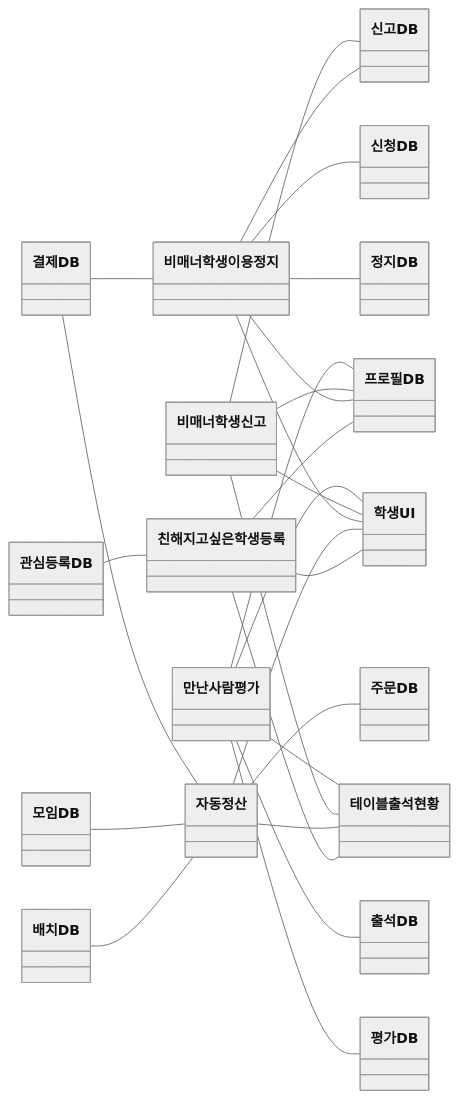
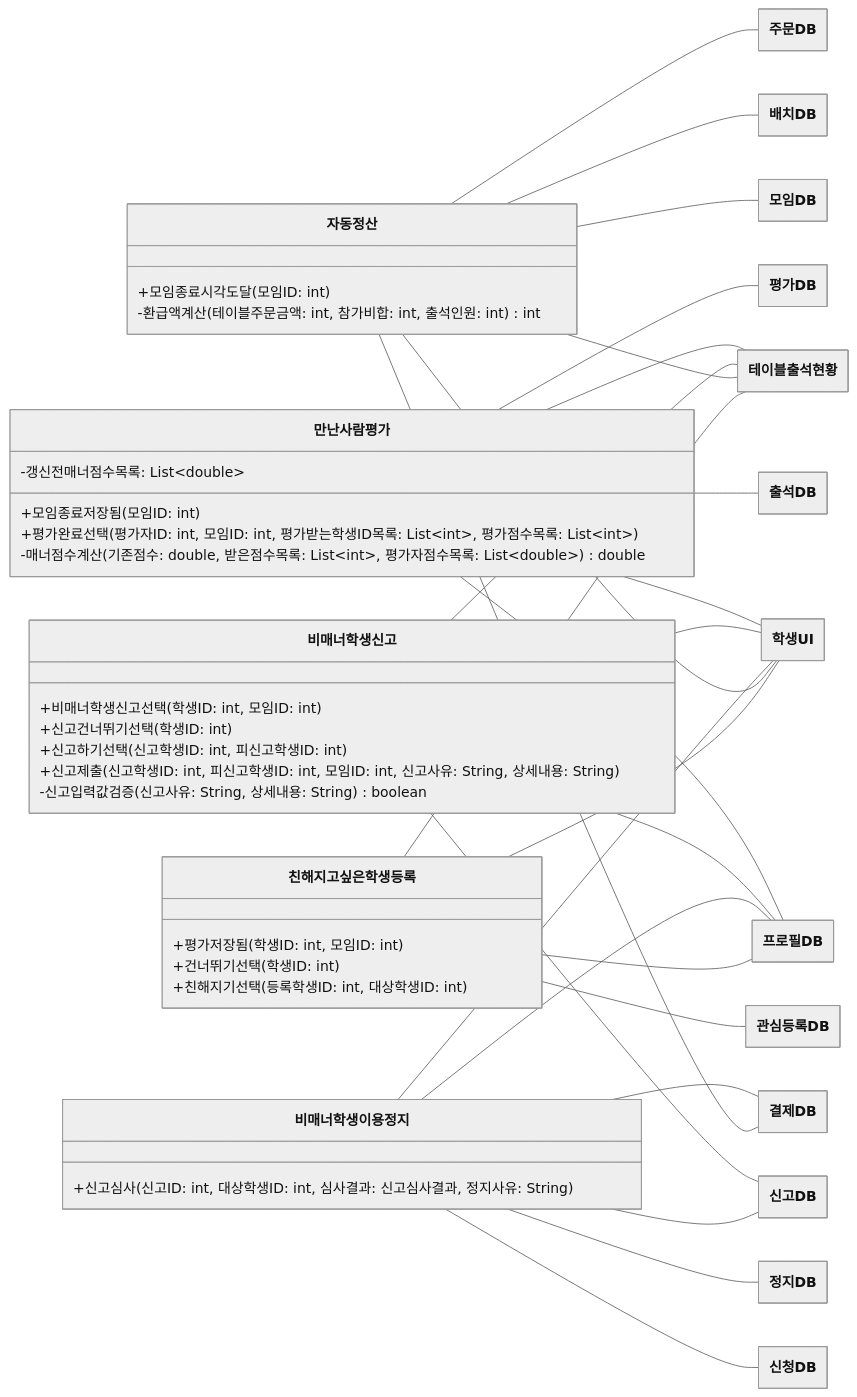
Before and after one commit to hojae3/sw-engineering-16: the fifth of 13 diagrams in class-diagram/class-diagram.md, drawn with Mermaid (neutral theme). The commit also changed other lines of this file and 1 other file, not shown here.

First line of the commit message:
[class] 통합 클래스 다이어그램을 PPT 구성에 맞춰 영역별 그림으로 변경

````diff
--- a/class-diagram/class-diagram.md
+++ b/class-diagram/class-diagram.md
@@ -330,47 +460,72 @@
 ```mermaid
+---
+config:
+  class:
+    hideEmptyMembersBox: true
+---
 classDiagram
     direction LR
+    class AutoSettlement["자동정산"] {
+        +모임종료시각도달(모임ID: int)
+        -환급액계산(테이블주문금액: int, 참가비합: int, 출석인원: int) int
+    }
+    class MeetingEvaluation["만난사람평가"] {
+        -갱신전매너점수목록: List~double~
+        +모임종료저장됨(모임ID: int)
+        +평가완료선택(평가자ID: int, 모임ID: int, 평가받는학생ID목록: List~int~, 평가점수목록: List~int~)
+        -매너점수계산(기존점수: double, 받은점수목록: List~int~, 평가자점수목록: List~double~) double
+    }
+    class CloseStudentRegistration["친해지고싶은학생등록"] {
+        +평가저장됨(학생ID: int, 모임ID: int)
+        +건너뛰기선택(학생ID: int)
+        +친해지기선택(등록학생ID: int, 대상학생ID: int)
+    }
+    class MannerReport["비매너학생신고"] {
+        +비매너학생신고선택(학생ID: int, 모임ID: int)
+        +신고건너뛰기선택(학생ID: int)
+        +신고하기선택(신고학생ID: int, 피신고학생ID: int)
+        +신고제출(신고학생ID: int, 피신고학생ID: int, 모임ID: int, 신고사유: String, 상세내용: String)
+        -신고입력값검증(신고사유: String, 상세내용: String) boolean
+    }
+    class MannerSuspension["비매너학생이용정지"] {
+        +신고심사(신고ID: int, 대상학생ID: int, 심사결과: 신고심사결과, 정지사유: String)
+    }
     class PaymentDB["결제DB"]
     class InterestRegistrationDB["관심등록DB"]
-    class MeetingEvaluation["만난사람평가"]
     class MeetingDB["모임DB"]
     class ArrangementDB["배치DB"]
-    class MannerReport["비매너학생신고"]
-    class MannerSuspension["비매너학생이용정지"]
     class ReportDB["신고DB"]
     class ApplicationDB["신청DB"]
-    class AutoSettlement["자동정산"]
     class SuspensionDB["정지DB"]
     class OrderDB["주문DB"]
     class AttendanceDB["출석DB"]
-    class CloseStudentRegistration["친해지고싶은학생등록"]
     class TableAttendanceStatus["테이블출석현황"]
     class EvaluationDB["평가DB"]
     class ProfileDB["프로필DB"]
     class StudentUI["학생UI"]
-    PaymentDB -- MannerSuspension
-    PaymentDB -- AutoSettlement
-    InterestRegistrationDB -- CloseStudentRegistration
+    MannerSuspension -- PaymentDB
+    AutoSettlement -- PaymentDB
+    CloseStudentRegistration -- InterestRegistrationDB
     MeetingEvaluation -- AttendanceDB
     MeetingEvaluation -- TableAttendanceStatus
     MeetingEvaluation -- EvaluationDB
     MeetingEvaluation -- ProfileDB
     MeetingEvaluation -- StudentUI
-    MeetingDB -- AutoSettlement
-    ArrangementDB -- AutoSettlement
+    AutoSettlement -- MeetingDB
+    AutoSettlement -- ArrangementDB
     MannerReport -- ReportDB
     MannerReport -- TableAttendanceStatus
     MannerReport -- ProfileDB
     MannerReport -- StudentUI
     MannerSuspension -- ReportDB
     MannerSuspension -- ApplicationDB
     MannerSuspension -- SuspensionDB
     MannerSuspension -- ProfileDB
     MannerSuspension -- StudentUI
     AutoSettlement -- OrderDB
     AutoSettlement -- TableAttendanceStatus
     AutoSettlement -- StudentUI
     CloseStudentRegistration -- TableAttendanceStatus
     CloseStudentRegistration -- ProfileDB
     CloseStudentRegistration -- StudentUI
 ```
````
